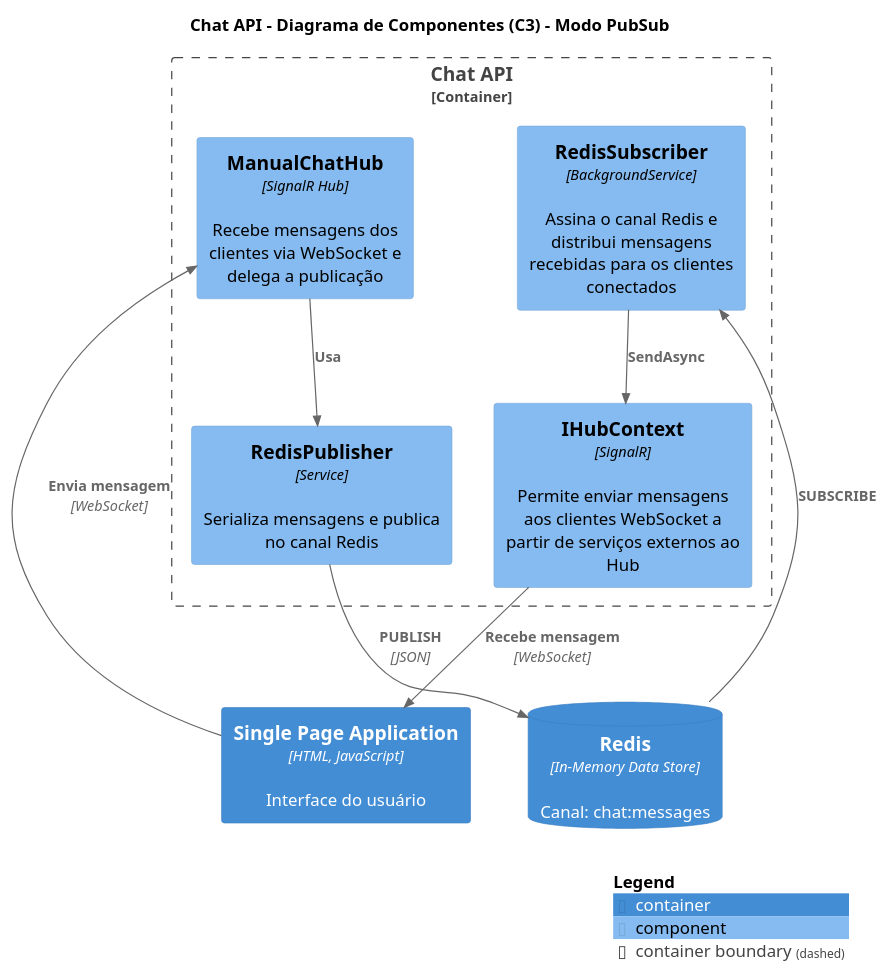
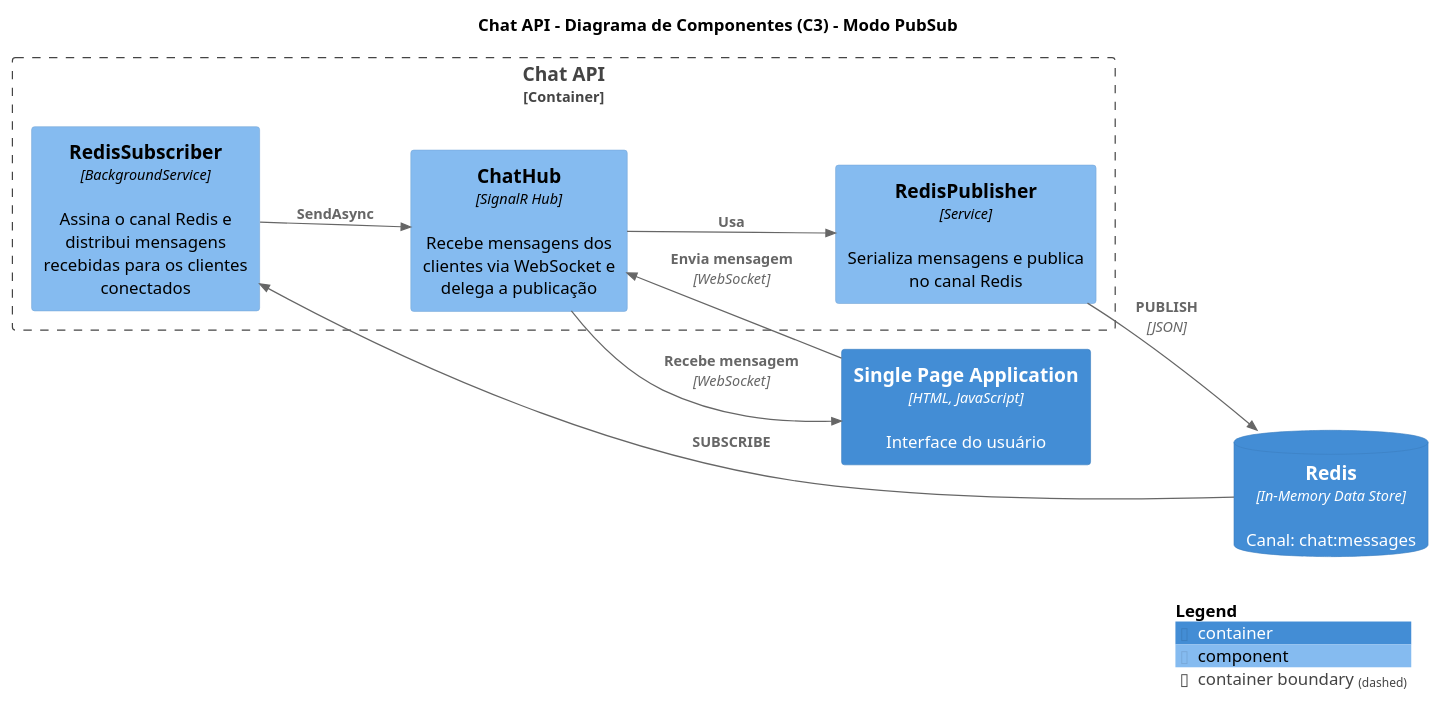
One commit to CristianoRC/Scaling-WebSockets-Horizontally changed the diagram in docs/C3_Component_PubSub.puml. Above: the diagram before and after it, drawn with PlantUML.

Commit message:
Simplifica diagrama do Modo PubSub

```diff
--- a/docs/C3_Component_PubSub.puml
+++ b/docs/C3_Component_PubSub.puml
@@ -1,28 +1,27 @@
 @startuml C3_Component_PubSub
 !include <C4/C4_Component>
 
 title Chat API - Diagrama de Componentes (C3) - Modo PubSub
 
+
+LAYOUT_LANDSCAPE()
+
 Container(spa, "Single Page Application", "HTML, JavaScript", "Interface do usuário")
 
 Container_Boundary(chatApi, "Chat API") {
-    Component(hub, "ManualChatHub", "SignalR Hub", "Recebe mensagens dos clientes via WebSocket e delega a publicação")
-    
     Component(publisher, "RedisPublisher", "Service", "Serializa mensagens e publica no canal Redis")
-    
-    Component(subscriber, "RedisSubscriber", "BackgroundService", "Assina o canal Redis e distribui mensagens recebidas para os clientes conectados")
-    
-    Component(hubContext, "IHubContext", "SignalR", "Permite enviar mensagens aos clientes WebSocket a partir de serviços externos ao Hub")
+    Component(hub, "ChatHub", "SignalR Hub", "Recebe mensagens dos clientes via WebSocket e delega a publicação")
+    Component(subscriber, "RedisSubscriber", "BackgroundService", "Assina o canal Redis e distribui mensagens recebidas para os clientes conectados")    
 }
 
 ContainerDb(redis, "Redis", "In-Memory Data Store", "Canal: chat:messages")
 
 Rel(spa, hub, "Envia mensagem", "WebSocket")
 Rel(hub, publisher, "Usa")
 Rel(publisher, redis, "PUBLISH", "JSON")
 Rel(redis, subscriber, "SUBSCRIBE")
-Rel(subscriber, hubContext, "SendAsync")
-Rel(hubContext, spa, "Recebe mensagem", "WebSocket")
+Rel(subscriber, hub, "SendAsync")
+Rel(hub, spa, "Recebe mensagem", "WebSocket")
 
 SHOW_LEGEND()
 @enduml
```
